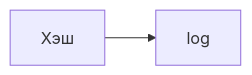
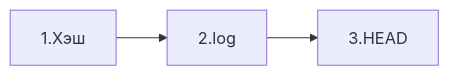
The diagram in README.md (StRavenwing/first-project), drawn with Mermaid before and after one commit.

Commit message:
Add 3rd lesson

````diff
--- a/README.md
+++ b/README.md
@@ -20,8 +22,7 @@
 ``` mermaid 
-graph LR
-
+graph LR;
 
 %% Пройденные уроки
-Хэш --> log
+1.Хэш --> 2.log --> 3.HEAD
 
 ```
````
